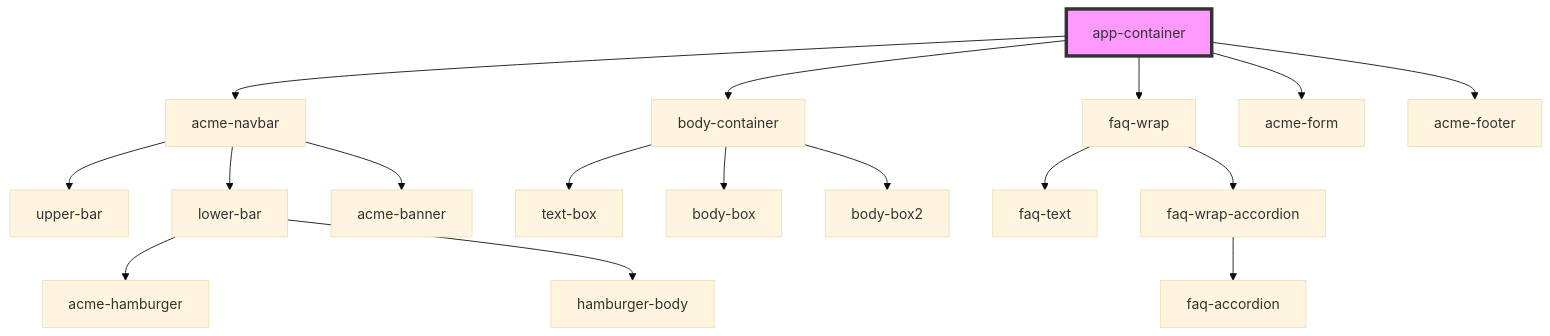
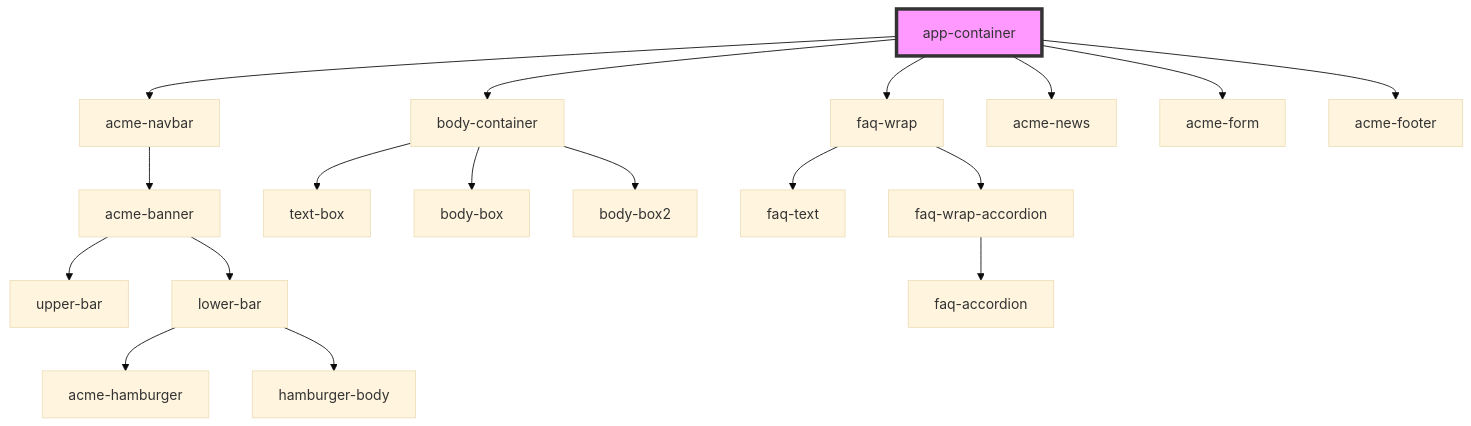
One commit to LucaArgentieri/ACME-Enterprise changed the diagram in src/components/app-container/readme.md. Above: the diagram before and after it, drawn with Mermaid (base theme). The commit also changed other lines of this file and 7 other files, not shown here.

````diff
--- a/src/components/app-container/readme.md
+++ b/src/components/app-container/readme.md
@@ -19,20 +20,21 @@
 ```mermaid
 graph TD;
   app-container --> acme-navbar
   app-container --> body-container
   app-container --> faq-wrap
+  app-container --> acme-news
   app-container --> acme-form
   app-container --> acme-footer
-  acme-navbar --> upper-bar
-  acme-navbar --> lower-bar
   acme-navbar --> acme-banner
+  acme-banner --> upper-bar
+  acme-banner --> lower-bar
   lower-bar --> acme-hamburger
   lower-bar --> hamburger-body
   body-container --> text-box
   body-container --> body-box
   body-container --> body-box2
   faq-wrap --> faq-text
   faq-wrap --> faq-wrap-accordion
   faq-wrap-accordion --> faq-accordion
   style app-container fill:#f9f,stroke:#333,stroke-width:4px
 ```
````
